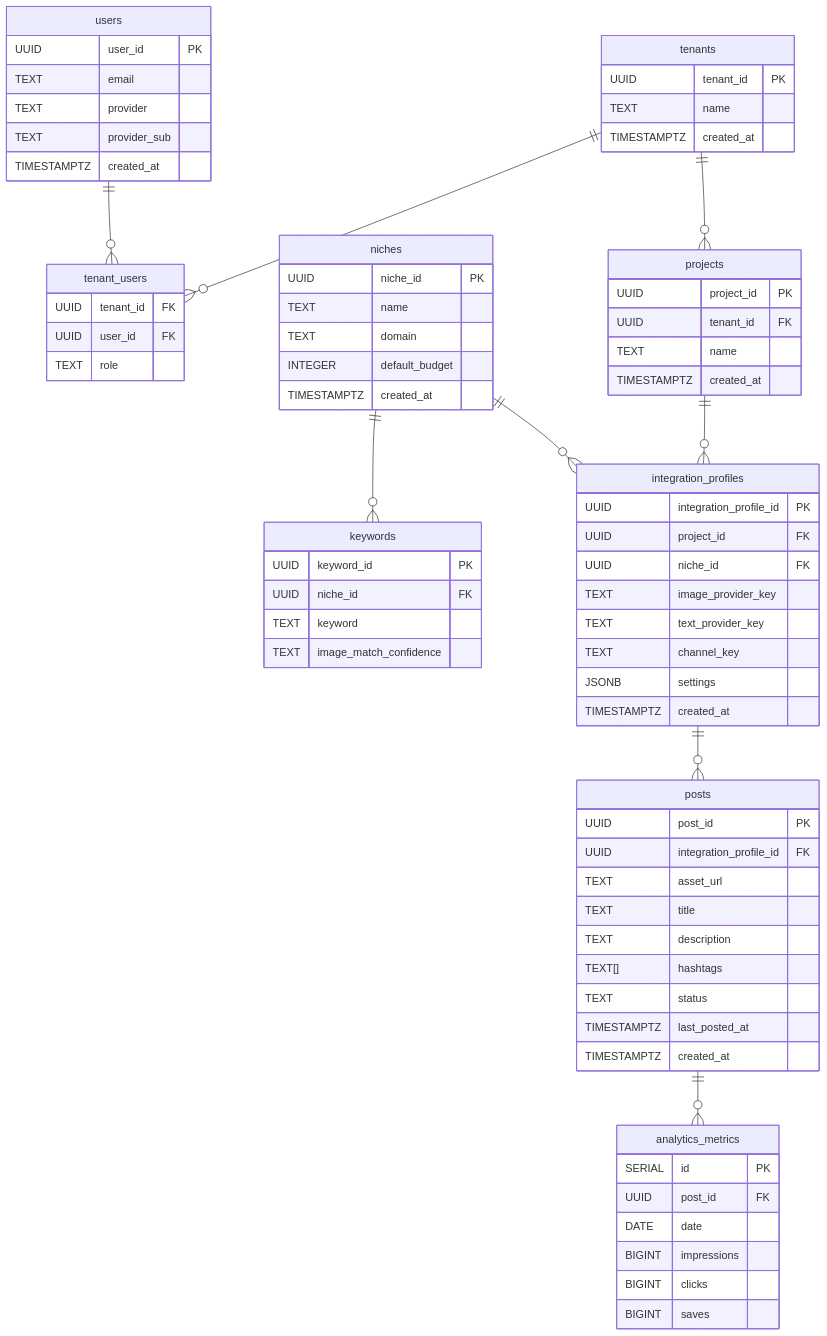
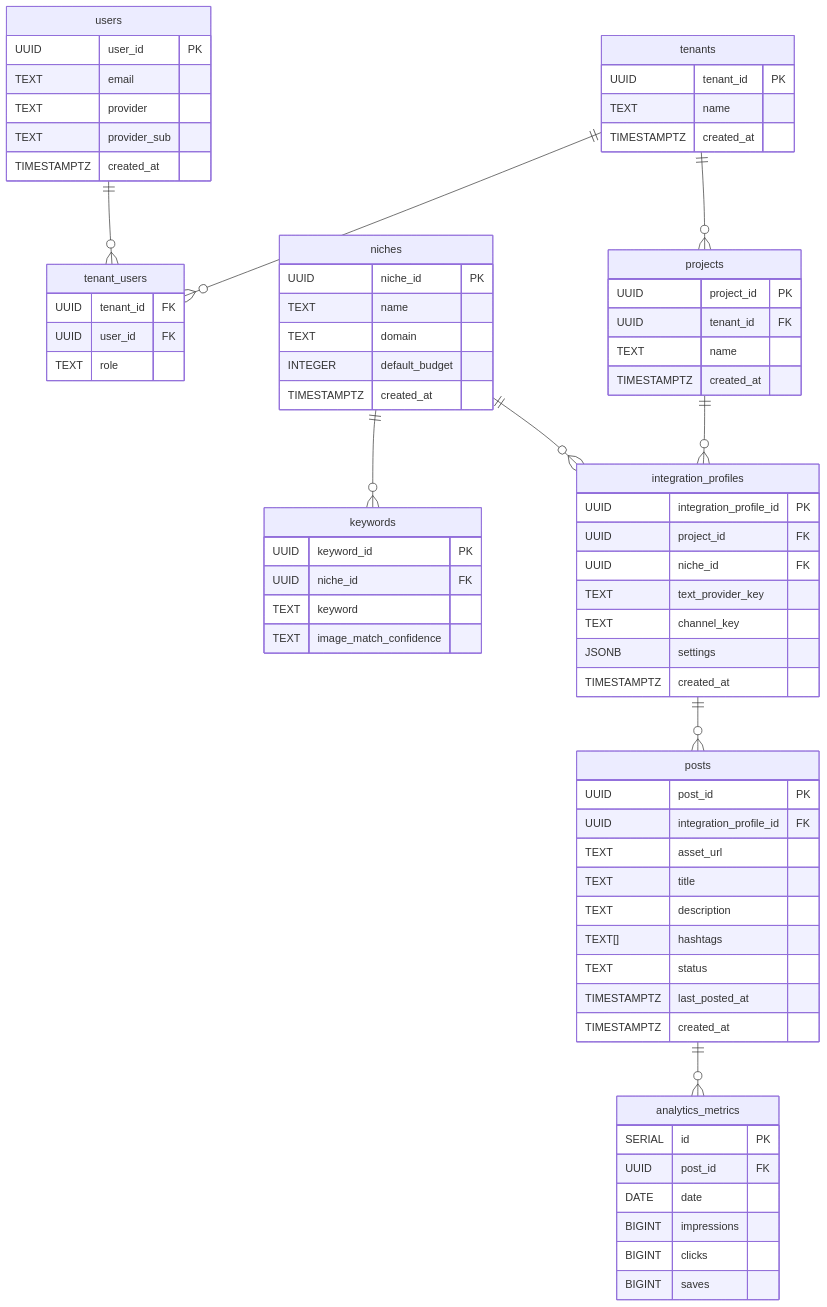
One commit to rhamblin/content_automation_engine changed the second of 2 diagrams in README.md. Above: the diagram before and after it, drawn with Mermaid. The commit also changed 9 other files, not shown here.

Commit message:
Remove image_provider_key from integration profile becuase this is based on keyword confidence

````diff
--- a/README.md
+++ b/README.md
@@ -52,77 +52,76 @@
 ```mermaid
 erDiagram
     tenants {
       UUID tenant_id PK
       TEXT name
       TIMESTAMPTZ created_at
     }
     users {
       UUID user_id PK
       TEXT email
       TEXT provider
       TEXT provider_sub
       TIMESTAMPTZ created_at
     }
     tenant_users {
       UUID tenant_id FK
       UUID user_id FK
       TEXT role
     }
     projects {
       UUID project_id PK
       UUID tenant_id FK
       TEXT name
       TIMESTAMPTZ created_at
     }
     niches {
       UUID niche_id PK
       TEXT name
       TEXT domain
       INTEGER default_budget
       TIMESTAMPTZ created_at
     }
     keywords {
       UUID keyword_id PK
       UUID niche_id FK
       TEXT keyword
       TEXT image_match_confidence
     }
     integration_profiles {
       UUID integration_profile_id PK
       UUID project_id FK
       UUID niche_id FK
-      TEXT image_provider_key
       TEXT text_provider_key
       TEXT channel_key
       JSONB settings
       TIMESTAMPTZ created_at
     }
     posts {
       UUID post_id PK
       UUID integration_profile_id FK
       TEXT asset_url
       TEXT title
       TEXT description
       TEXT[] hashtags
       TEXT status
       TIMESTAMPTZ last_posted_at
       TIMESTAMPTZ created_at 
     }
     analytics_metrics {
       SERIAL id PK
       UUID post_id FK
       DATE date
       BIGINT impressions
       BIGINT clicks
       BIGINT saves
     }
 
     tenants ||--o{ tenant_users : ""
     users   ||--o{ tenant_users : ""
     tenants ||--o{ projects    : ""
     projects ||--o{ integration_profiles : ""
     niches    ||--o{ keywords      : ""
     niches    ||--o{ integration_profiles : ""
     integration_profiles ||--o{ posts        : ""
     posts      ||--o{ analytics_metrics   : ""
 ```
````
